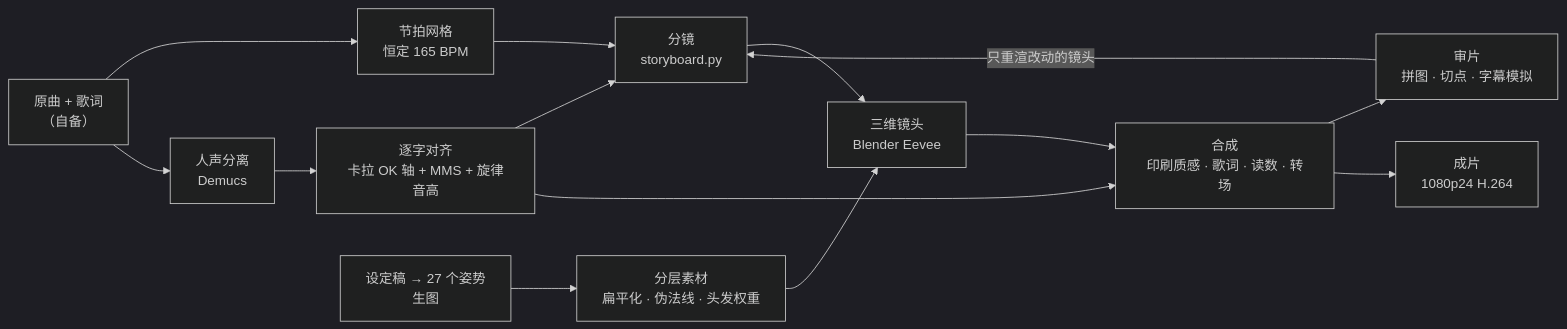
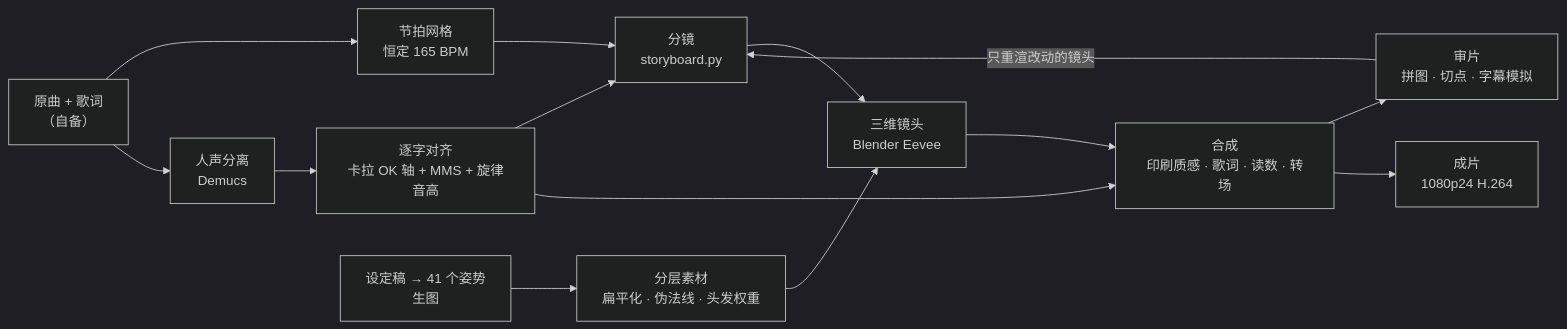
Before and after one commit to RepressedAlliance/MeltDown: the diagram in README.md, drawn with Mermaid (dark theme). The commit also changed other lines of this file and 1 other file, not shown here.

````diff
--- a/README.md
+++ b/README.md
@@ -100,16 +100,16 @@
 ```mermaid
 flowchart LR
   A["原曲 + 歌词<br/>（自备）"] --> B["节拍网格<br/>恒定 165 BPM"]
   A --> C["人声分离<br/>Demucs"]
   C --> D["逐字对齐<br/>卡拉 OK 轴 + MMS + 旋律音高"]
-  E["设定稿 → 27 个姿势<br/>生图"] --> F["分层素材<br/>扁平化 · 伪法线 · 头发权重"]
+  E["设定稿 → 41 个姿势<br/>生图"] --> F["分层素材<br/>扁平化 · 伪法线 · 头发权重"]
   B --> G["分镜<br/>storyboard.py"]
   D --> G
   G --> H["三维镜头<br/>Blender Eevee"]
   F --> H
   H --> I["合成<br/>印刷质感 · 歌词 · 读数 · 转场"]
   D --> I
   I --> J["审片<br/>拼图 · 切点 · 字幕模拟"]
   J -- "只重渲改动的镜头" --> G
   I --> K["成片<br/>1080p24 H.264"]
 ```
````
